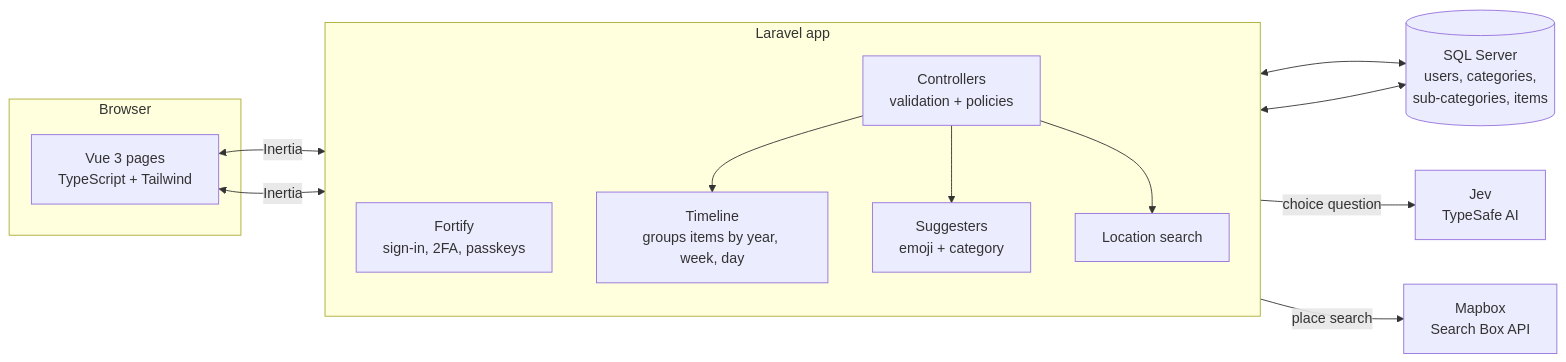
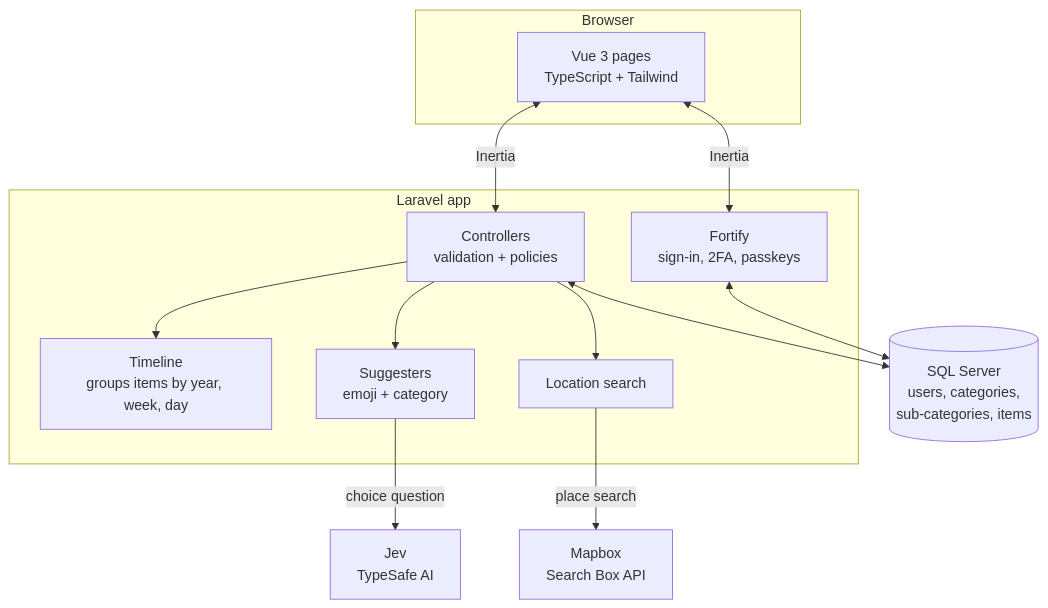
The first of 2 diagrams in README.md (rheannemcintosh/calendar-cockpit), drawn with Mermaid before and after one commit. The commit also changed other lines of this file, not shown here.

Commit message:
Draw the README diagrams top to bottom
GitHub showed both diagrams in short, cropped frames, because laid out
left to right they were wide and shallow. Running them top to bottom
gives them a shape GitHub can show in full on the page.

[CC-66]

````diff
--- a/README.md
+++ b/README.md
@@ -100,29 +100,28 @@
 ```mermaid
-flowchart LR
+flowchart TB
     subgraph Browser["Browser"]
         Pages["Vue 3 pages<br/>TypeScript + Tailwind"]
     end
 
     subgraph Laravel["Laravel app"]
-        direction TB
         Auth["Fortify<br/>sign-in, 2FA, passkeys"]
         Controllers["Controllers<br/>validation + policies"]
         Timeline["Timeline<br/>groups items by year, week, day"]
         Suggesters["Suggesters<br/>emoji + category"]
         Locations["Location search"]
     end
 
     DB[("SQL Server<br/>users, categories,<br/>sub-categories, items")]
     Jev["Jev<br/>TypeSafe AI"]
     Mapbox["Mapbox<br/>Search Box API"]
 
     Pages <-->|Inertia| Controllers
     Pages <-->|Inertia| Auth
     Controllers --> Timeline
     Controllers --> Suggesters
     Controllers --> Locations
     Controllers <--> DB
     Auth <--> DB
     Suggesters -->|choice question| Jev
     Locations -->|place search| Mapbox
 ```
````
